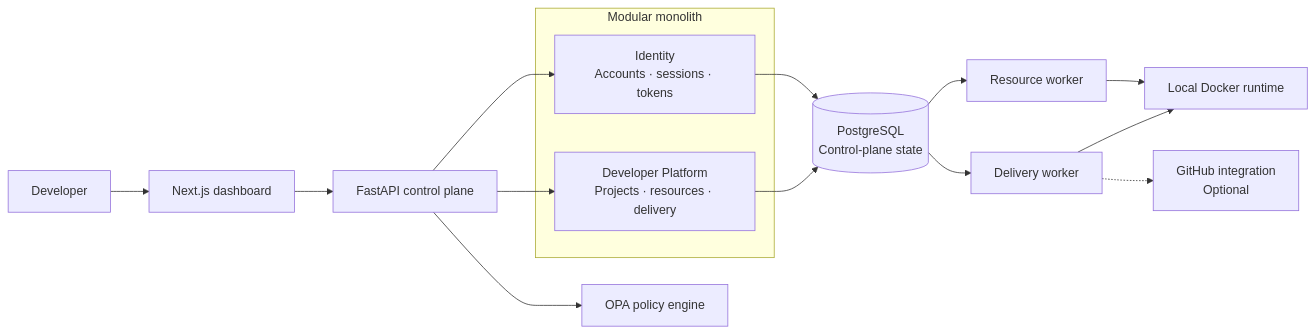
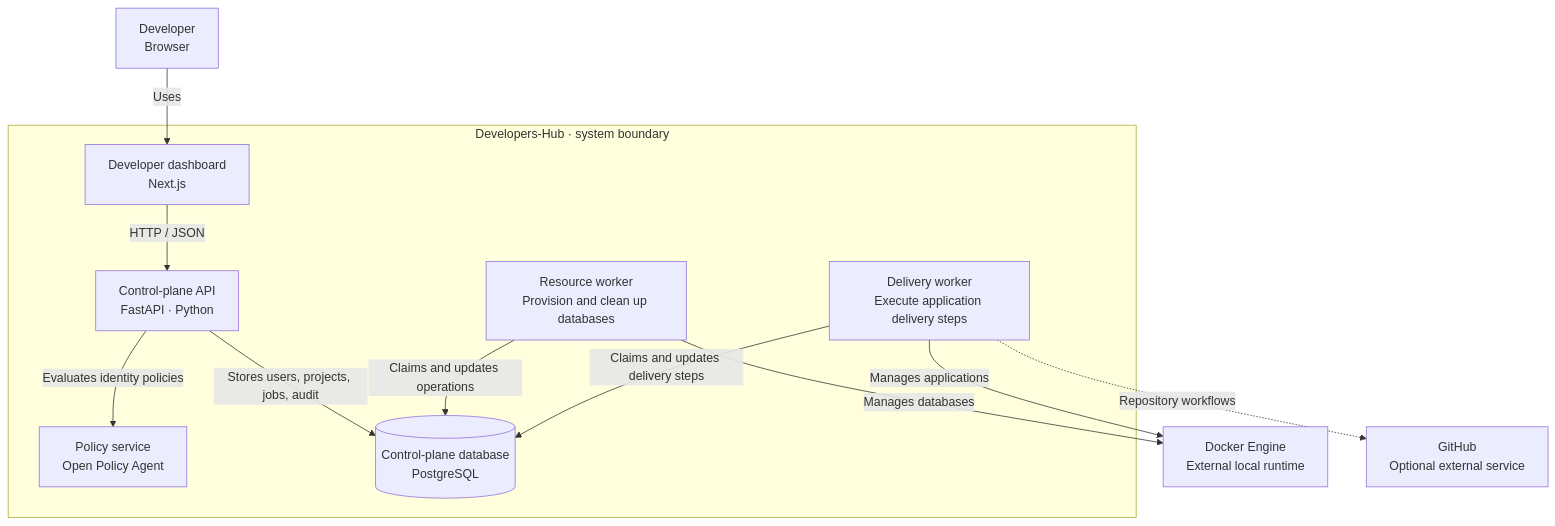
The second of 3 diagrams in README.md (Nicola-Ibrahim/Developers-Hub), drawn with Mermaid before and after one commit. The commit also changed other lines of this file and 5 other files, not shown here.

First line of the commit message:
Refactor architecture documentation and frontend structure

````diff
--- a/README.md
+++ b/README.md
@@ -21,22 +49,25 @@
 ```mermaid
-flowchart LR
-    Developer["Developer"] --> UI["Next.js dashboard"]
-    UI --> API["FastAPI control plane"]
+flowchart TB
+    Dev["Developer<br/>Browser"]
+    Docker["Docker Engine<br/>External local runtime"]
+    GitHub["GitHub<br/>Optional external service"]
 
-    subgraph Backend["Modular monolith"]
-        Identity["Identity<br/>Accounts · sessions · tokens"]
-        Platform["Developer Platform<br/>Projects · resources · delivery"]
+    subgraph Hub["Developers-Hub · system boundary"]
+        UI["Developer dashboard<br/>Next.js"]
+        API["Control-plane API<br/>FastAPI · Python"]
+        OPA["Policy service<br/>Open Policy Agent"]
+        DB[("Control-plane database<br/>PostgreSQL")]
+        ResourceWorker["Resource worker<br/>Provision and clean up databases"]
+        DeliveryWorker["Delivery worker<br/>Execute application delivery steps"]
     end
 
-    API --> Identity
-    API --> Platform
-    API --> Policy["OPA policy engine"]
-    Identity --> DB[("PostgreSQL<br/>Control-plane state")]
-    Platform --> DB
-
-    DB --> ResourceWorker["Resource worker"]
-    DB --> DeliveryWorker["Delivery worker"]
-    ResourceWorker --> Docker["Local Docker runtime"]
-    DeliveryWorker --> Docker
-    DeliveryWorker -.-> GitHub["GitHub integration<br/>Optional"]
+    Dev -->|Uses| UI
+    UI -->|HTTP / JSON| API
+    API -->|Evaluates identity policies| OPA
+    API -->|Stores users, projects, jobs, audit| DB
+    ResourceWorker -->|Claims and updates operations| DB
+    DeliveryWorker -->|Claims and updates delivery steps| DB
+    ResourceWorker -->|Manages databases| Docker
+    DeliveryWorker -->|Manages applications| Docker
+    DeliveryWorker -.->|Repository workflows| GitHub
 ```
````
